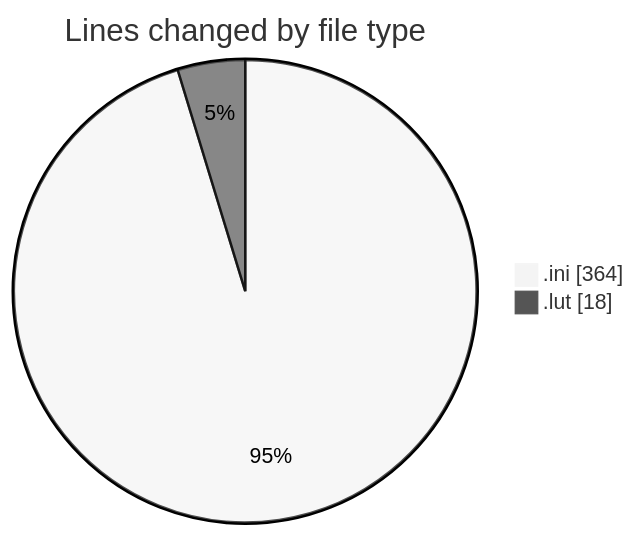
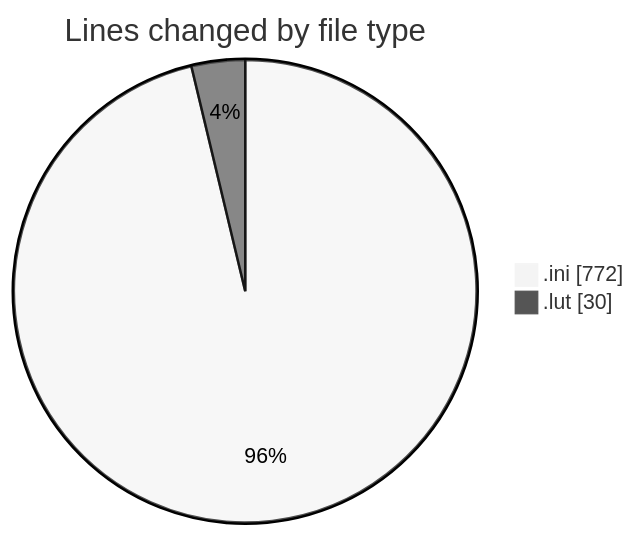
The first of 2 diagrams in 2025-07-09/data/README.md (Netris89/code-tracking), drawn with Mermaid (neutral theme) before and after one commit. The commit also changed other lines of this file and 1 other file, not shown here.

````diff
--- a/2025-07-09/data/README.md
+++ b/2025-07-09/data/README.md
@@ -21,6 +24,6 @@
 ```mermaid
 pie showData
 title Lines changed by file type
-".ini" : 364
-".lut" : 18
+".ini" : 772
+".lut" : 30
 ```
````
